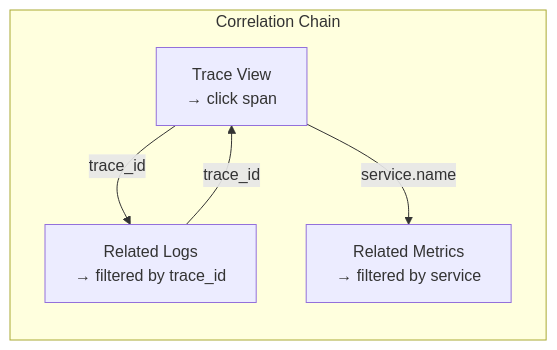
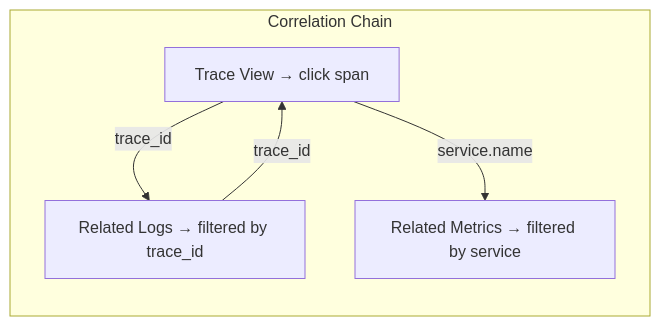
One commit to xscaler/training changed the second of 2 diagrams in docs/session-5/grafana-overview.md. Above: the diagram before and after it, drawn with Mermaid. The commit also changed other lines of this file and 38 other files, not shown here.

First line of the commit message:
Remove internal content, fix Mermaid diagrams, and rewrite labs as customer-facing exercises

````diff
--- a/docs/session-5/grafana-overview.md
+++ b/docs/session-5/grafana-overview.md
@@ -114,11 +114,11 @@
 ```mermaid
 graph LR
     subgraph "Correlation Chain"
-        T[Trace View\n→ click span]
-        L[Related Logs\n→ filtered by trace_id]
-        M[Related Metrics\n→ filtered by service]
+        T[Trace View → click span]
+        L[Related Logs → filtered by trace_id]
+        M[Related Metrics → filtered by service]
     end
     T -->|trace_id| L
     T -->|service.name| M
     L -->|trace_id| T
 ```
````
